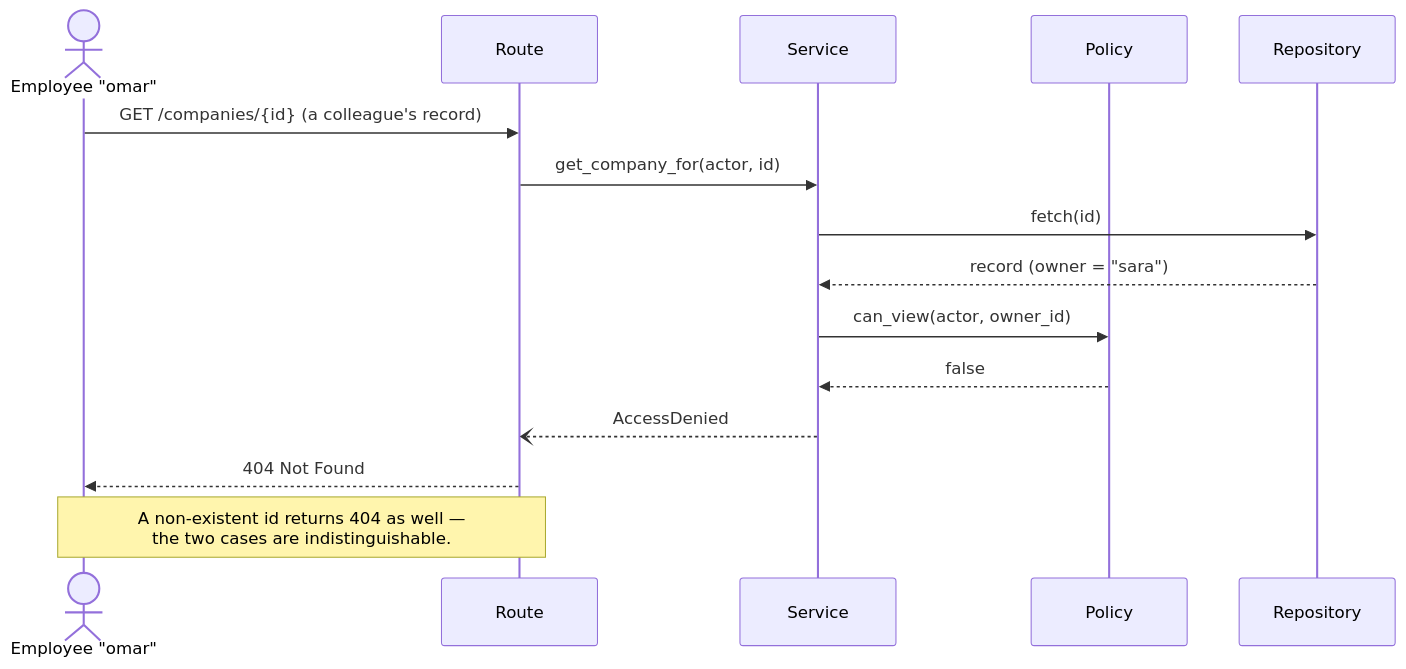
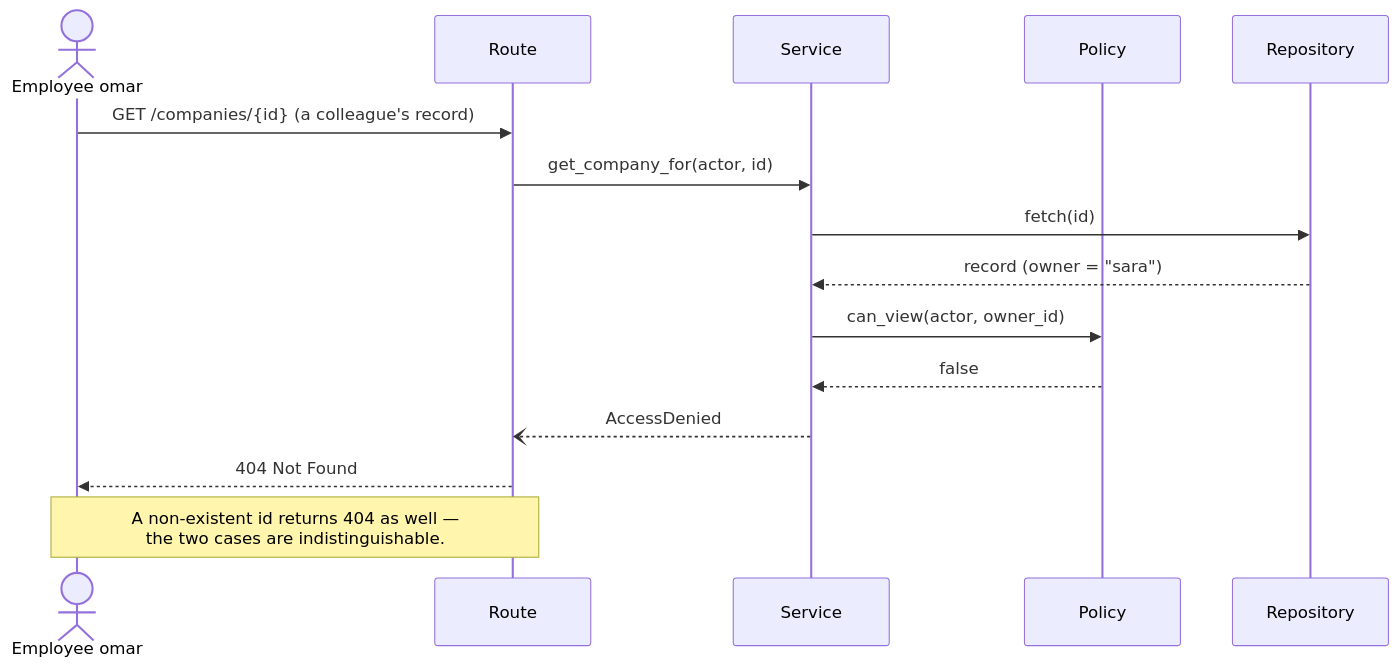
The third of 4 diagrams in README.md (bahaaed07706/GreenLead), drawn with Mermaid before and after one commit. The commit also changed other lines of this file, not shown here.

Commit message:
docs(readme): harden mermaid syntax for GitHub's renderer

````diff
--- a/README.md
+++ b/README.md
@@ -175,19 +175,19 @@
 ```mermaid
 sequenceDiagram
-    actor U as Employee "omar"
+    actor U as Employee omar
     participant R as Route
     participant S as Service
     participant P as Policy
     participant DB as Repository
 
     U->>R: GET /companies/{id}  (a colleague's record)
     R->>S: get_company_for(actor, id)
     S->>DB: fetch(id)
     DB-->>S: record (owner = "sara")
     S->>P: can_view(actor, owner_id)
     P-->>S: false
     S--)R: AccessDenied
     R-->>U: 404 Not Found
 
     Note over U,R: A non-existent id returns 404 as well —<br/>the two cases are indistinguishable.
 ```
````
